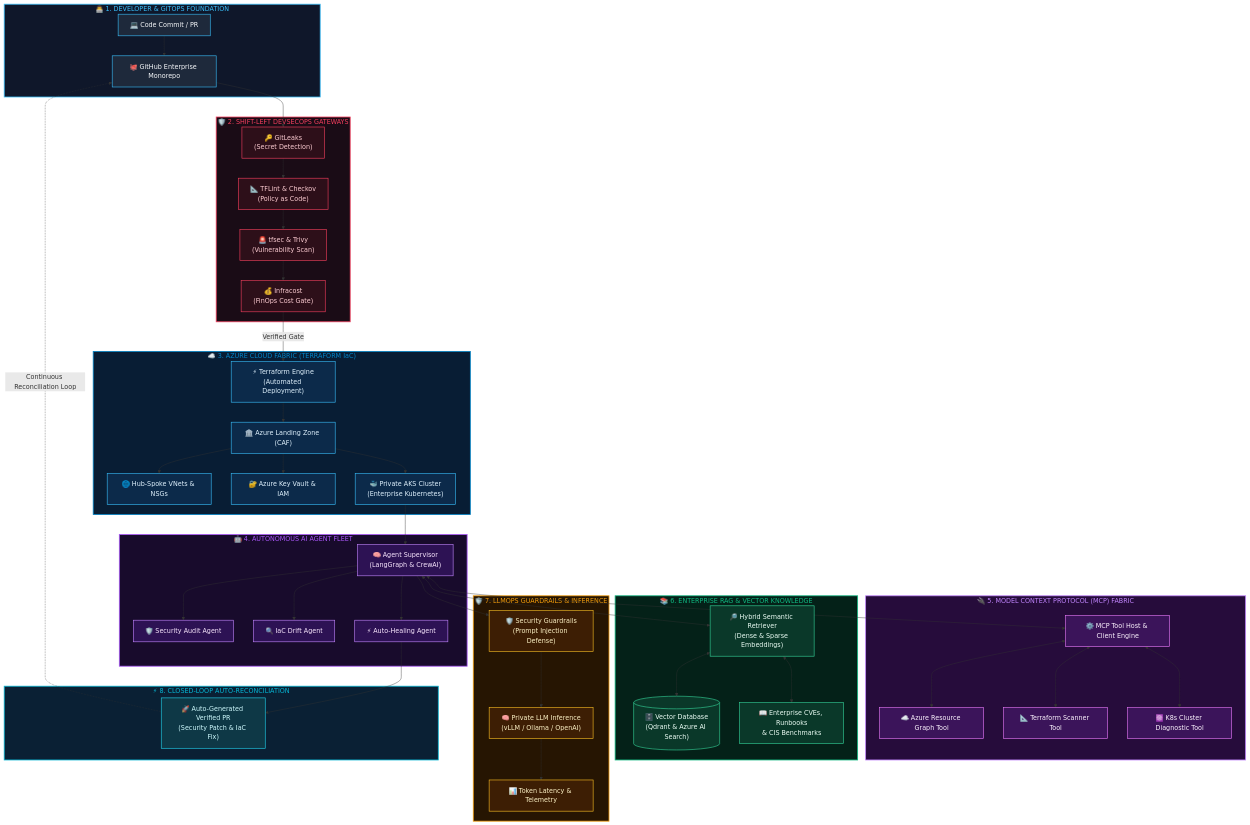
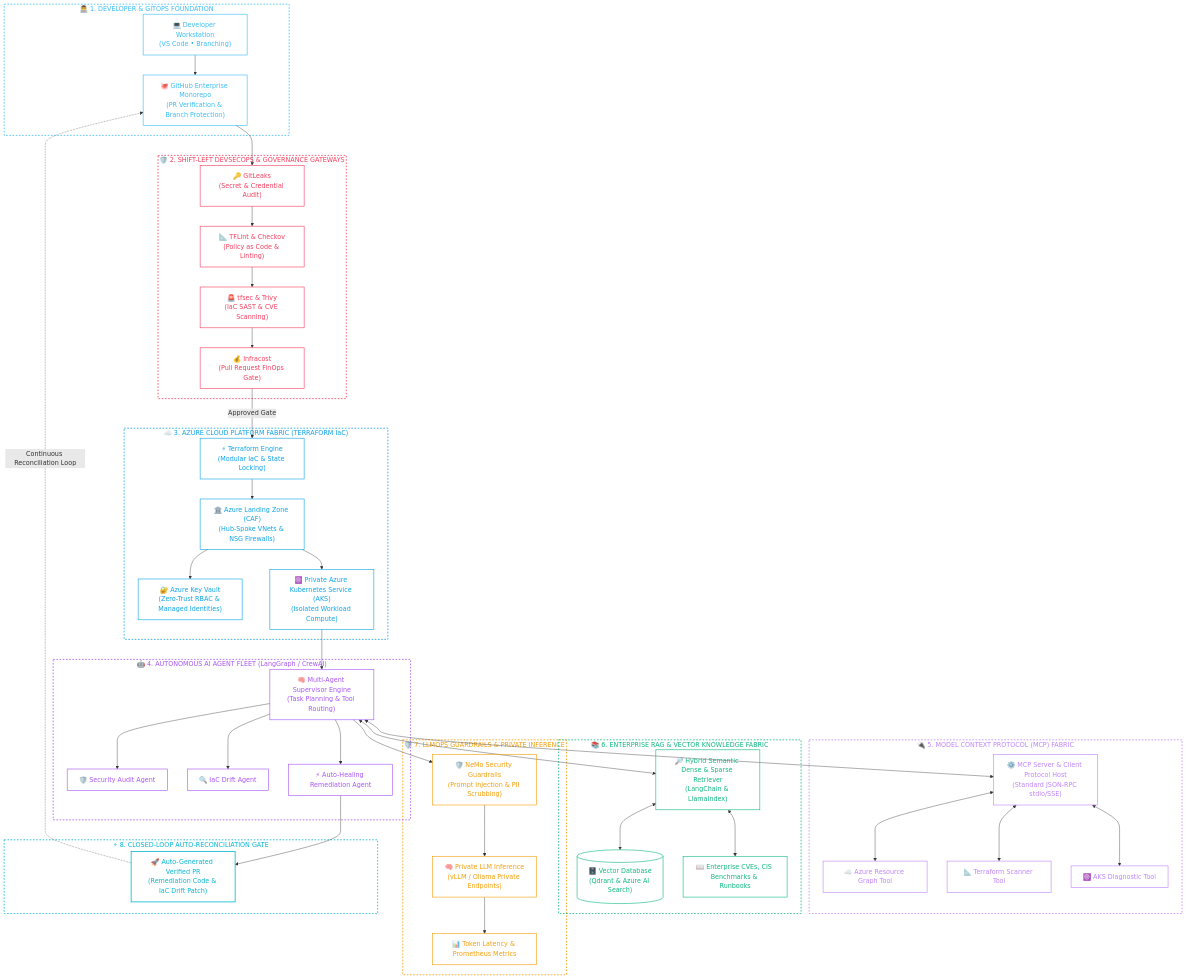
One commit to Narendra232/Narendra232 changed the diagram in README.md. Above: the diagram before and after it, drawn with Mermaid. The commit also changed other lines of this file and 2 other files, not shown here.

Commit message:
feat(architecture): switch from image to native Git Mermaid language and pure HTML/CSS table

````diff
--- a/README.md
+++ b/README.md
@@ -96,102 +77,101 @@
 ```mermaid
-flowchart TB
+flowchart TD
     %% ===================================================
     %% 1. DEVELOPER WORKFLOW
     %% ===================================================
     subgraph DEV_BOX["👨‍💻 1. DEVELOPER & GITOPS FOUNDATION"]
-        style DEV_BOX fill:#0f172a,stroke:#38bdf8,stroke-width:2px,color:#38bdf8
-        CODE["💻 Code Commit / PR"] --> GITHUB["🐙 GitHub Enterprise Monorepo"]
+        style DEV_BOX fill:none,stroke:#38bdf8,stroke-width:2px,stroke-dasharray:4 4,color:#38bdf8
+        CODE["💻 Developer Workstation<br/>(VS Code • Branching)"] --> GITHUB["🐙 GitHub Enterprise Monorepo<br/>(PR Verification & Branch Protection)"]
     end
 
     %% ===================================================
     %% 2. SHIFT-LEFT DEVSECOPS GATEWAYS
     %% ===================================================
-    subgraph SEC_BOX["🛡️ 2. SHIFT-LEFT DEVSECOPS GATEWAYS"]
-        style SEC_BOX fill:#1a0c16,stroke:#f43f5e,stroke-width:2px,color:#f43f5e
-        GITHUB --> SCAN_SECRETS["🔑 GitLeaks<br/>(Secret Detection)"]
-        SCAN_SECRETS --> LINT_IAC["📐 TFLint & Checkov<br/>(Policy as Code)"]
-        LINT_IAC --> SCAN_VULN["🚨 tfsec & Trivy<br/>(Vulnerability Scan)"]
-        SCAN_VULN --> FINOPS["💰 Infracost<br/>(FinOps Cost Gate)"]
+    subgraph SEC_BOX["🛡️ 2. SHIFT-LEFT DEVSECOPS & GOVERNANCE GATEWAYS"]
+        style SEC_BOX fill:none,stroke:#f43f5e,stroke-width:2px,stroke-dasharray:4 4,color:#f43f5e
+        GITHUB --> SCAN_SECRETS["🔑 GitLeaks<br/>(Secret & Credential Audit)"]
+        SCAN_SECRETS --> LINT_IAC["📐 TFLint & Checkov<br/>(Policy as Code & Linting)"]
+        LINT_IAC --> SCAN_VULN["🚨 tfsec & Trivy<br/>(IaC SAST & CVE Scanning)"]
+        SCAN_VULN --> FINOPS["💰 Infracost<br/>(Pull Request FinOps Gate)"]
     end
 
     %% ===================================================
     %% 3. CLOUD PLATFORM INFRASTRUCTURE
     %% ===================================================
-    subgraph CLOUD_BOX["☁️ 3. AZURE CLOUD FABRIC (TERRAFORM IaC)"]
-        style CLOUD_BOX fill:#081d34,stroke:#0284c7,stroke-width:2px,color:#0284c7
-        FINOPS -->|Verified Gate| TF_ENGINE["⚡ Terraform Engine<br/>(Automated Deployment)"]
-        TF_ENGINE --> LZ["🏛️ Azure Landing Zone (CAF)"]
-        LZ --> NET["🌐 Hub-Spoke VNets & NSGs"]
-        LZ --> VAULT["🔐 Azure Key Vault & IAM"]
-        LZ --> AKS["🐳 Private AKS Cluster<br/>(Enterprise Kubernetes)"]
+    subgraph CLOUD_BOX["☁️ 3. AZURE CLOUD PLATFORM FABRIC (TERRAFORM IaC)"]
+        style CLOUD_BOX fill:none,stroke:#0ea5e9,stroke-width:2px,stroke-dasharray:4 4,color:#0ea5e9
+        FINOPS -->|Approved Gate| TF_ENGINE["⚡ Terraform Engine<br/>(Modular IaC & State Locking)"]
+        TF_ENGINE --> LZ["🏛️ Azure Landing Zone (CAF)<br/>(Hub-Spoke VNets & NSG Firewalls)"]
+        LZ --> VAULT["🔐 Azure Key Vault<br/>(Zero-Trust RBAC & Managed Identities)"]
+        LZ --> AKS["☸️ Private Azure Kubernetes Service (AKS)<br/>(Isolated Workload Compute)"]
     end
 
     %% ===================================================
     %% 4. AUTONOMOUS AI AGENTS FLEET
     %% ===================================================
-    subgraph AI_AGENTS_BOX["🤖 4. AUTONOMOUS AI AGENT FLEET"]
-        style AI_AGENTS_BOX fill:#180b2c,stroke:#a855f7,stroke-width:2px,color:#a855f7
-        AKS --> AGENT_SUPERVISOR["🧠 Agent Supervisor<br/>(LangGraph & CrewAI)"]
+    subgraph AI_AGENTS_BOX["🤖 4. AUTONOMOUS AI AGENT FLEET (LangGraph / CrewAI)"]
+        style AI_AGENTS_BOX fill:none,stroke:#a855f7,stroke-width:2px,stroke-dasharray:4 4,color:#a855f7
+        AKS --> AGENT_SUPERVISOR["🧠 Multi-Agent Supervisor Engine<br/>(Task Planning & Tool Routing)"]
         AGENT_SUPERVISOR --> AGENT_SEC["🛡️ Security Audit Agent"]
         AGENT_SUPERVISOR --> AGENT_DRIFT["🔍 IaC Drift Agent"]
-        AGENT_SUPERVISOR --> AGENT_HEAL["⚡ Auto-Healing Agent"]
+        AGENT_SUPERVISOR --> AGENT_HEAL["⚡ Auto-Healing Remediation Agent"]
     end
 
     %% ===================================================
     %% 5. MODEL CONTEXT PROTOCOL (MCP) FABRIC
     %% ===================================================
     subgraph AI_MCP_BOX["🔌 5. MODEL CONTEXT PROTOCOL (MCP) FABRIC"]
-        style AI_MCP_BOX fill:#260c3b,stroke:#c084fc,stroke-width:2px,color:#c084fc
-        AGENT_SUPERVISOR <--> MCP_CORE["⚙️ MCP Tool Host & Client Engine"]
+        style AI_MCP_BOX fill:none,stroke:#c084fc,stroke-width:2px,stroke-dasharray:4 4,color:#c084fc
+        AGENT_SUPERVISOR <--> MCP_CORE["⚙️ MCP Server & Client Protocol Host<br/>(Standard JSON-RPC stdio/SSE)"]
         MCP_CORE <--> MCP_TOOL_AZ["☁️ Azure Resource Graph Tool"]
         MCP_CORE <--> MCP_TOOL_IAC["📐 Terraform Scanner Tool"]
-        MCP_CORE <--> MCP_TOOL_K8S["☸️ K8s Cluster Diagnostic Tool"]
+        MCP_CORE <--> MCP_TOOL_K8S["☸️ AKS Diagnostic Tool"]
     end
 
     %% ===================================================
     %% 6. ENTERPRISE RAG & VECTOR KNOWLEDGE
     %% ===================================================
-    subgraph AI_RAG_BOX["📚 6. ENTERPRISE RAG & VECTOR KNOWLEDGE"]
-        style AI_RAG_BOX fill:#042118,stroke:#10b981,stroke-width:2px,color:#10b981
-        AGENT_SUPERVISOR <--> RAG_RETRIEVER["🔎 Hybrid Semantic Retriever<br/>(Dense & Sparse Embeddings)"]
+    subgraph AI_RAG_BOX["📚 6. ENTERPRISE RAG & VECTOR KNOWLEDGE FABRIC"]
+        style AI_RAG_BOX fill:none,stroke:#10b981,stroke-width:2px,stroke-dasharray:4 4,color:#10b981
+        AGENT_SUPERVISOR <--> RAG_RETRIEVER["🔎 Hybrid Semantic Dense & Sparse Retriever<br/>(LangChain & LlamaIndex)"]
         RAG_RETRIEVER <--> VECTOR_DB[("🗄️ Vector Database<br/>(Qdrant & Azure AI Search)")]
-        RAG_RETRIEVER <--> KB_DOCS["📖 Enterprise CVEs, Runbooks<br/>& CIS Benchmarks"]
+        RAG_RETRIEVER <--> KB_DOCS["📖 Enterprise CVEs, CIS Benchmarks & Runbooks"]
     end
 
     %% ===================================================
     %% 7. LLMOPS GUARDRAILS & INFERENCE
     %% ===================================================
-    subgraph AI_LLMOPS_BOX["🛡️ 7. LLMOPS GUARDRAILS & INFERENCE"]
-        style AI_LLMOPS_BOX fill:#261502,stroke:#f59e0b,stroke-width:2px,color:#f59e0b
-        AGENT_SUPERVISOR --> GUARD["🛡️ Security Guardrails<br/>(Prompt Injection Defense)"]
-        GUARD --> LLM_ENGINE["🧠 Private LLM Inference<br/>(vLLM / Ollama / OpenAI)"]
-        LLM_ENGINE --> TELEMETRY["📊 Token Latency & Telemetry"]
+    subgraph AI_LLMOPS_BOX["🛡️ 7. LLMOPS GUARDRAILS & PRIVATE INFERENCE"]
+        style AI_LLMOPS_BOX fill:none,stroke:#f59e0b,stroke-width:2px,stroke-dasharray:4 4,color:#f59e0b
+        AGENT_SUPERVISOR --> GUARD["🛡️ NeMo Security Guardrails<br/>(Prompt Injection & PII Scrubbing)"]
+        GUARD --> LLM_ENGINE["🧠 Private LLM Inference<br/>(vLLM / Ollama Private Endpoints)"]
+        LLM_ENGINE --> TELEMETRY["📊 Token Latency & Prometheus Metrics"]
     end
 
     %% ===================================================
     %% 8. CLOSED-LOOP CONTINUOUS FEEDBACK
     %% ===================================================
-    subgraph FEEDBACK_BOX["⚡ 8. CLOSED-LOOP AUTO-RECONCILIATION"]
-        style FEEDBACK_BOX fill:#0a2034,stroke:#06b6d4,stroke-width:2px,color:#06b6d4
-        AGENT_HEAL --> AUTO_PR["🚀 Auto-Generated Verified PR<br/>(Security Patch & IaC Fix)"]
+    subgraph FEEDBACK_BOX["⚡ 8. CLOSED-LOOP AUTO-RECONCILIATION GATE"]
+        style FEEDBACK_BOX fill:none,stroke:#06b6d4,stroke-width:2px,stroke-dasharray:4 4,color:#06b6d4
+        AGENT_HEAL --> AUTO_PR["🚀 Auto-Generated Verified PR<br/>(Remediation Code & IaC Drift Patch)"]
         AUTO_PR -.->|Continuous Reconciliation Loop| GITHUB
     end
 
     %% ===================================================
-    %% NODE STYLES & CLASSES
+    %% NODE STYLES & CLASSES (Pure Transparent Backgrounds)
     %% ===================================================
-    classDef devNode fill:#1e293b,stroke:#38bdf8,stroke-width:1.5px,color:#f8fafc;
-    classDef secNode fill:#2d0f19,stroke:#f43f5e,stroke-width:1.5px,color:#fecdd3;
-    classDef cloudNode fill:#0c2a4a,stroke:#38bdf8,stroke-width:1.5px,color:#e0f2fe;
-    classDef aiNode fill:#2d1254,stroke:#c084fc,stroke-width:1.5px,color:#fae8ff;
-    classDef mcpNode fill:#3b145a,stroke:#e879f9,stroke-width:1.5px,color:#fdf4ff;
-    classDef ragNode fill:#0a3829,stroke:#34d399,stroke-width:1.5px,color:#ecfdf5;
-    classDef llmNode fill:#3d1e04,stroke:#fbbf24,stroke-width:1.5px,color:#fef3c7;
-    classDef loopNode fill:#0e3846,stroke:#22d3ee,stroke-width:1.5px,color:#cffafe;
+    classDef devNode fill:none,stroke:#38bdf8,stroke-width:1.5px,color:#38bdf8;
+    classDef secNode fill:none,stroke:#f43f5e,stroke-width:1.5px,color:#f43f5e;
+    classDef cloudNode fill:none,stroke:#0ea5e9,stroke-width:1.5px,color:#0ea5e9;
+    classDef aiNode fill:none,stroke:#a855f7,stroke-width:1.5px,color:#a855f7;
+    classDef mcpNode fill:none,stroke:#c084fc,stroke-width:1.5px,color:#c084fc;
+    classDef ragNode fill:none,stroke:#10b981,stroke-width:1.5px,color:#10b981;
+    classDef llmNode fill:none,stroke:#f59e0b,stroke-width:1.5px,color:#f59e0b;
+    classDef loopNode fill:none,stroke:#06b6d4,stroke-width:2px,color:#06b6d4;
 
     class CODE,GITHUB devNode;
     class SCAN_SECRETS,LINT_IAC,SCAN_VULN,FINOPS secNode;
-    class TF_ENGINE,LZ,NET,VAULT,AKS cloudNode;
+    class TF_ENGINE,LZ,VAULT,AKS cloudNode;
     class AGENT_SUPERVISOR,AGENT_SEC,AGENT_DRIFT,AGENT_HEAL aiNode;
     class MCP_CORE,MCP_TOOL_AZ,MCP_TOOL_IAC,MCP_TOOL_K8S mcpNode;
     class RAG_RETRIEVER,VECTOR_DB,KB_DOCS ragNode;
````
